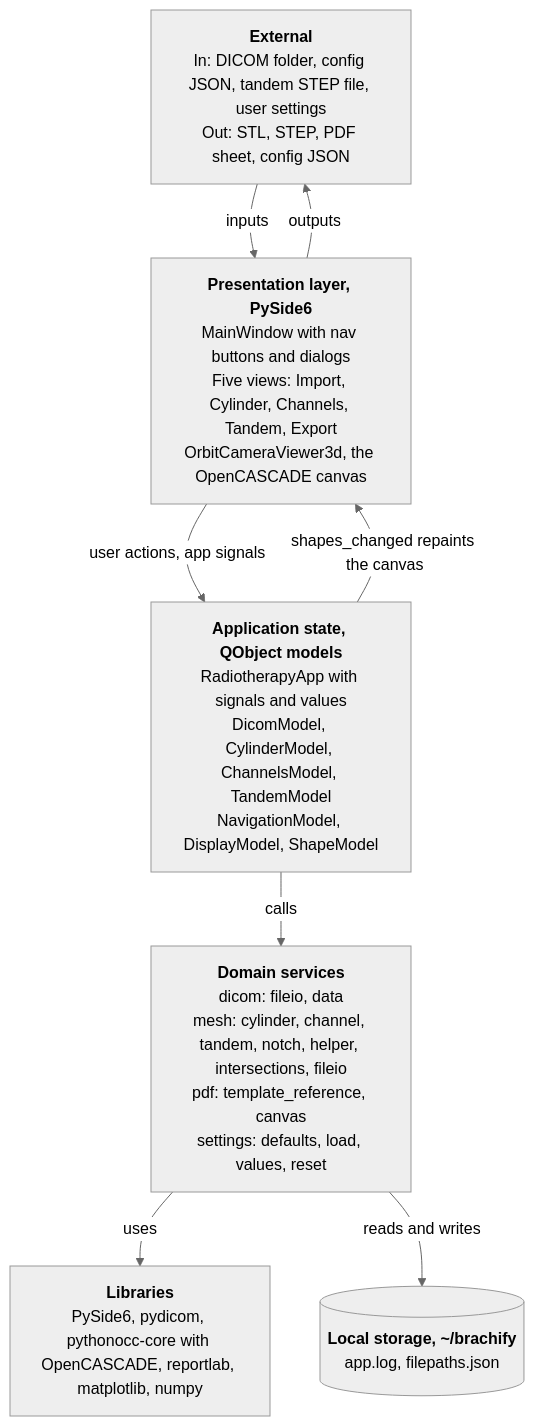
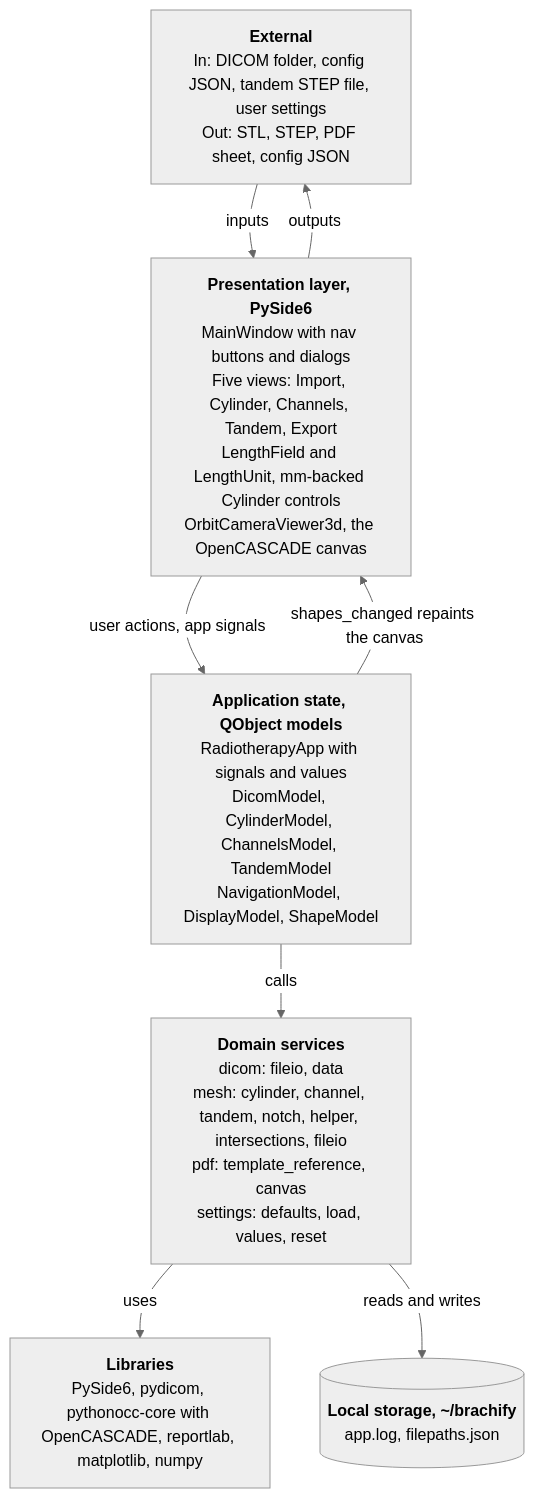
Before and after one commit to COSC-499-W2026/capstone-project-team-10: the diagram in docs/architecture/diagrams/system-architecture.mmd, drawn with Mermaid (neutral theme). The commit also changed 18 other files, not shown here.

```diff
--- a/docs/architecture/diagrams/system-architecture.mmd
+++ b/docs/architecture/diagrams/system-architecture.mmd
@@ -1,17 +1,17 @@
 %% title: System architecture
 %% alt: System architecture of brachify, a layered desktop application with a presentation layer, application state, domain services, third party libraries and local storage
 flowchart TB
   ext["<b>External</b><br/>In: DICOM folder, config JSON, tandem STEP file, user settings<br/>Out: STL, STEP, PDF sheet, config JSON"]
-  pres["<b>Presentation layer, PySide6</b><br/>MainWindow with nav buttons and dialogs<br/>Five views: Import, Cylinder, Channels, Tandem, Export<br/>OrbitCameraViewer3d, the OpenCASCADE canvas"]
+  pres["<b>Presentation layer, PySide6</b><br/>MainWindow with nav buttons and dialogs<br/>Five views: Import, Cylinder, Channels, Tandem, Export<br/>LengthField and LengthUnit, mm-backed Cylinder controls<br/>OrbitCameraViewer3d, the OpenCASCADE canvas"]
   state["<b>Application state, QObject models</b><br/>RadiotherapyApp with signals and values<br/>DicomModel, CylinderModel, ChannelsModel, TandemModel<br/>NavigationModel, DisplayModel, ShapeModel"]
   domain["<b>Domain services</b><br/>dicom: fileio, data<br/>mesh: cylinder, channel, tandem, notch, helper, intersections, fileio<br/>pdf: template_reference, canvas<br/>settings: defaults, load, values, reset"]
   lib["<b>Libraries</b><br/>PySide6, pydicom, pythonocc-core with OpenCASCADE, reportlab, matplotlib, numpy"]
   disk[("<b>Local storage, ~/brachify</b><br/>app.log, filepaths.json")]
 
   ext -->|"inputs"| pres
   pres -->|"outputs"| ext
   pres -->|"user actions, app signals"| state
   state -->|"shapes_changed repaints the canvas"| pres
   state -->|"calls"| domain
   domain -->|"uses"| lib
   domain -->|"reads and writes"| disk
```
